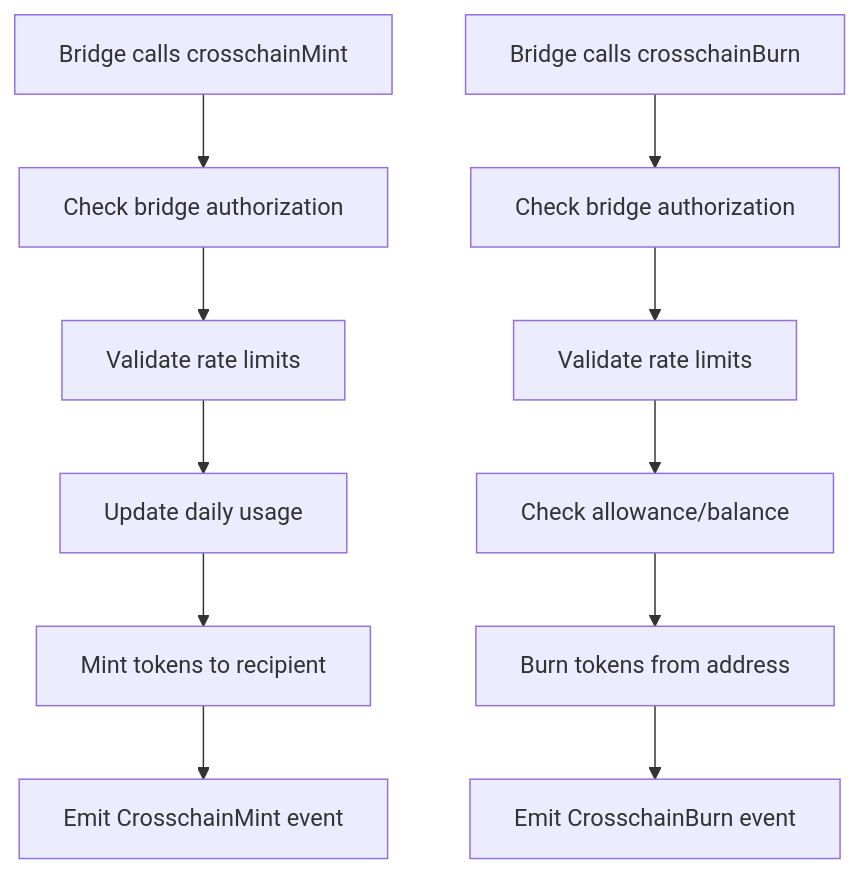
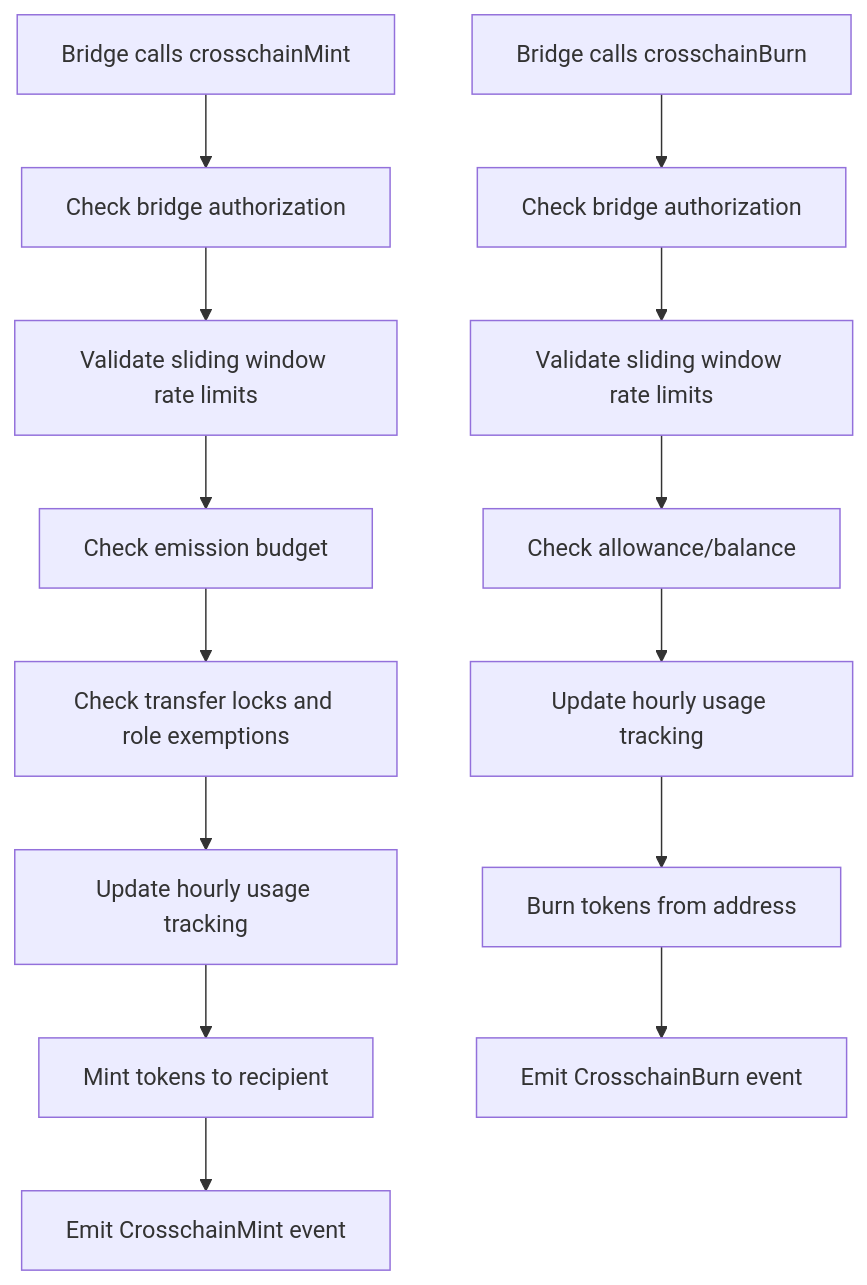
The third of 3 diagrams in synd-contracts/src/token/SYND_TOKEN_ARCHITECTURE.md (SyndicateProtocol/syndicate-appchains), drawn with Mermaid before and after one commit. The commit also changed other lines of this file, not shown here.

````diff
--- a/synd-contracts/src/token/SYND_TOKEN_ARCHITECTURE.md
+++ b/synd-contracts/src/token/SYND_TOKEN_ARCHITECTURE.md
@@ -246,14 +245,17 @@
 ```mermaid
 graph TD
     A[Bridge calls crosschainMint] --> B[Check bridge authorization]
-    B --> C[Validate rate limits]
-    C --> D[Update daily usage]
-    D --> E[Mint tokens to recipient]
-    E --> F[Emit CrosschainMint event]
+    B --> C[Validate sliding window rate limits]
+    C --> D[Check emission budget]
+    D --> E[Check transfer locks and role exemptions]
+    E --> F[Update hourly usage tracking]
+    F --> G[Mint tokens to recipient]
+    G --> H[Emit CrosschainMint event]
 
-    G[Bridge calls crosschainBurn] --> H[Check bridge authorization]
-    H --> I[Validate rate limits]
-    I --> J[Check allowance/balance]
-    J --> K[Burn tokens from address]
-    K --> L[Emit CrosschainBurn event]
+    I[Bridge calls crosschainBurn] --> J[Check bridge authorization]
+    J --> K[Validate sliding window rate limits]
+    K --> L[Check allowance/balance]
+    L --> M[Update hourly usage tracking]
+    M --> N[Burn tokens from address]
+    N --> O[Emit CrosschainBurn event]
 ```
````
